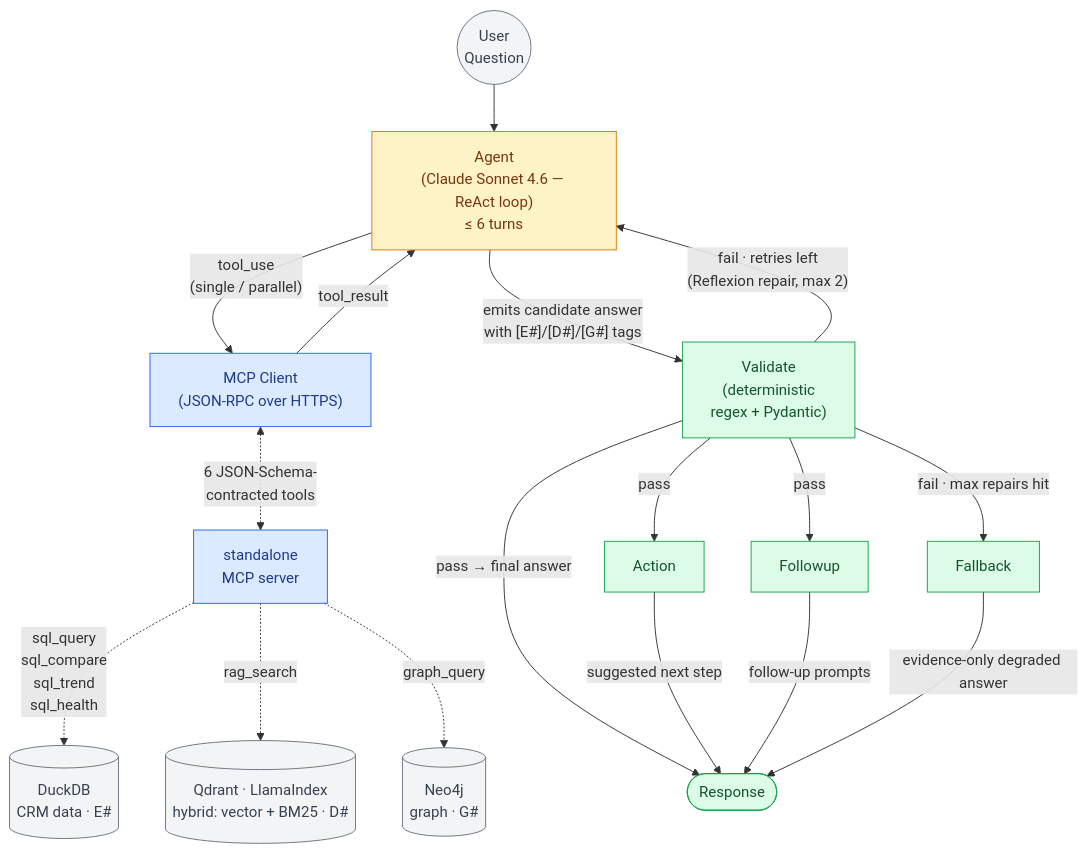
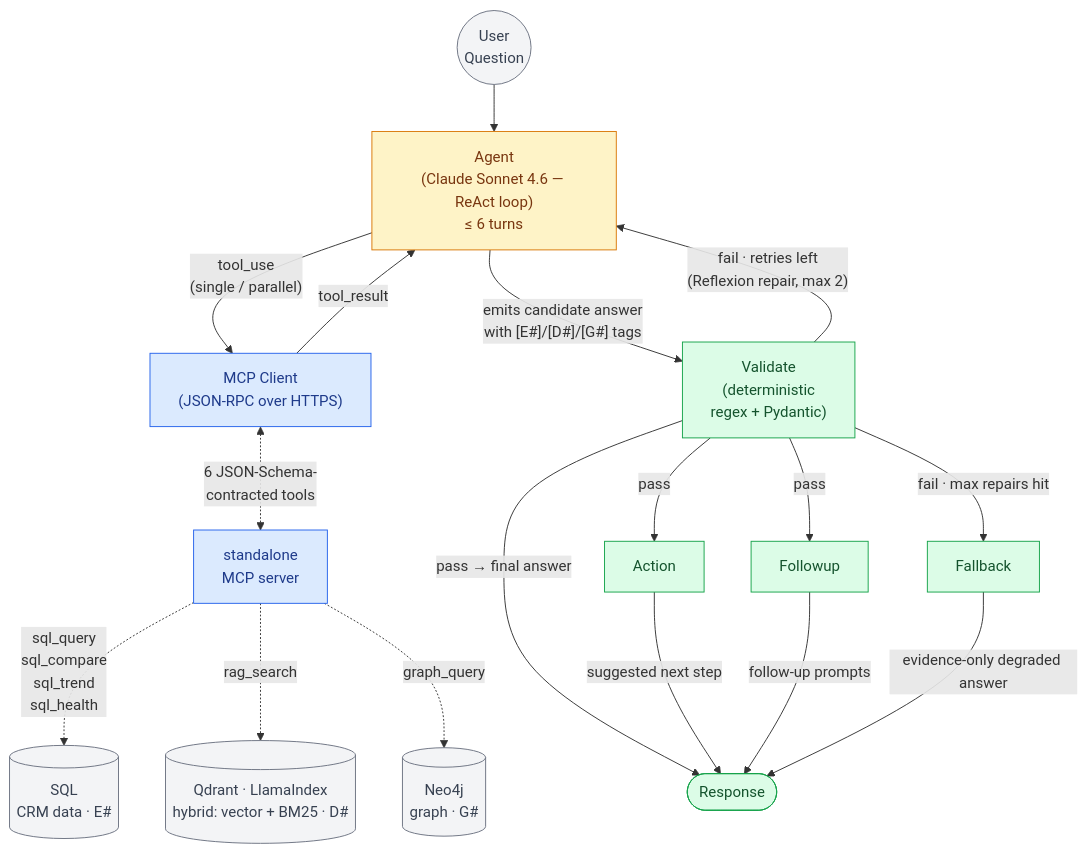
The first of 7 diagrams in README.md (sazzad-kamal/crm-agentic-mcp-engine), drawn with Mermaid before and after one commit. The commit also changed other lines of this file, not shown here.

Commit message:
D1 + spine: DuckDB -> SQL (backend-agnostic, true for DuckDB now / Postgres later); D2 node list Repair -> Fallback

````diff
--- a/README.md
+++ b/README.md
@@ -26,33 +26,33 @@
 ```mermaid
 flowchart TB
     Q(("User<br/>Question")) --> AGENT["Agent<br/>(Claude Sonnet 4.6 — ReAct loop)<br/>≤ 6 turns"]
 
     AGENT -->|"tool_use<br/>(single / parallel)"| MCP_CLIENT["MCP Client<br/>(JSON-RPC over HTTPS)"]
     MCP_CLIENT <-.->|"6 JSON-Schema-<br/>contracted tools"| MCPSRV["standalone<br/>MCP server"]
     MCP_CLIENT -->|tool_result| AGENT
 
     AGENT -->|"emits candidate answer<br/>with [E#]/[D#]/[G#] tags"| VAL["Validate<br/>(deterministic<br/>regex + Pydantic)"]
     VAL -->|"fail · retries left<br/>(Reflexion repair, max 2)"| AGENT
     VAL -->|"fail · max repairs hit"| FB["Fallback"]
     VAL -->|"pass → final answer"| RESP
     VAL -->|pass| ACT["Action"] & FU["Followup"]
     ACT -->|"suggested next step"| RESP
     FU -->|"follow-up prompts"| RESP
     FB -->|"evidence-only degraded answer"| RESP
 
     RESP(["Response"])
 
-    MCPSRV -.->|sql_query<br/>sql_compare<br/>sql_trend<br/>sql_health| DB[("DuckDB<br/>CRM data · E#")]
+    MCPSRV -.->|sql_query<br/>sql_compare<br/>sql_trend<br/>sql_health| DB[("SQL<br/>CRM data · E#")]
     MCPSRV -.->|rag_search| VS[("Qdrant · LlamaIndex<br/>hybrid: vector + BM25 · D#")]
     MCPSRV -.->|graph_query| N4[("Neo4j<br/>graph · G#")]
 
     classDef agent fill:#fef3c7,stroke:#d97706,color:#78350f
     classDef tool fill:#dbeafe,stroke:#2563eb,color:#1e3a8a
     classDef response fill:#dcfce7,stroke:#16a34a,color:#14532d
     classDef boundary fill:#f3f4f6,stroke:#6b7280,color:#374151
 
     class AGENT agent
     class MCP_CLIENT,MCPSRV tool
     class VAL,ACT,FU,FB,RESP response
     class Q,DB,VS,N4 boundary
 ```
````
